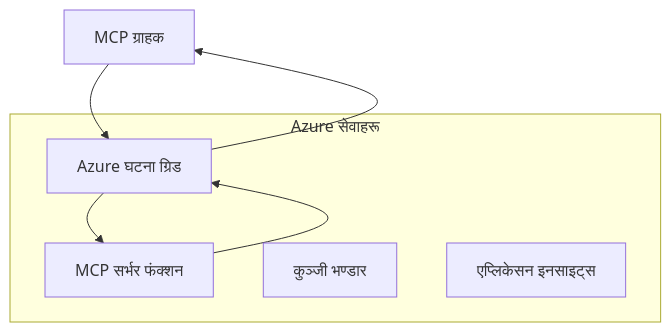
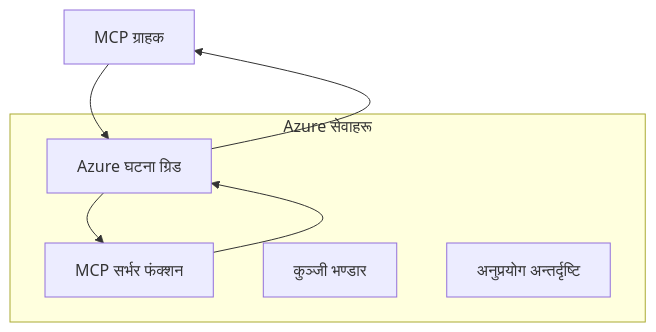
The first of 2 diagrams in mcp_ecosystem__model_context_protocol/mcp_learning_resources/mcp-for-beginners/translations/ne/05-AdvancedTopics/mcp-transport/README.md (HIDORAKAI002/ai-workspace-archive), drawn with Mermaid before and after one commit. The commit also changed other lines of this file and 1539 other files, not shown here.

````diff
--- a/mcp_ecosystem__model_context_protocol/mcp_learning_resources/mcp-for-beginners/translations/ne/05-AdvancedTopics/mcp-transport/README.md
+++ b/mcp_ecosystem__model_context_protocol/mcp_learning_resources/mcp-for-beginners/translations/ne/05-AdvancedTopics/mcp-transport/README.md
@@ -58,14 +58,14 @@
 ```mermaid
 graph TB
     Client[MCP ग्राहक] --> EG[Azure घटना ग्रिड]
     EG --> Server[MCP सर्भर फंक्शन]
     Server --> EG
     EG --> Client
     
     subgraph "Azure सेवाहरू"
         EG
         Server
         KV[कुञ्जी भण्डार]
-        Monitor[एप्लिकेसन इनसाइट्स]
+        Monitor[अनुप्रयोग अन्तर्दृष्टि]
     end
 ```
````
